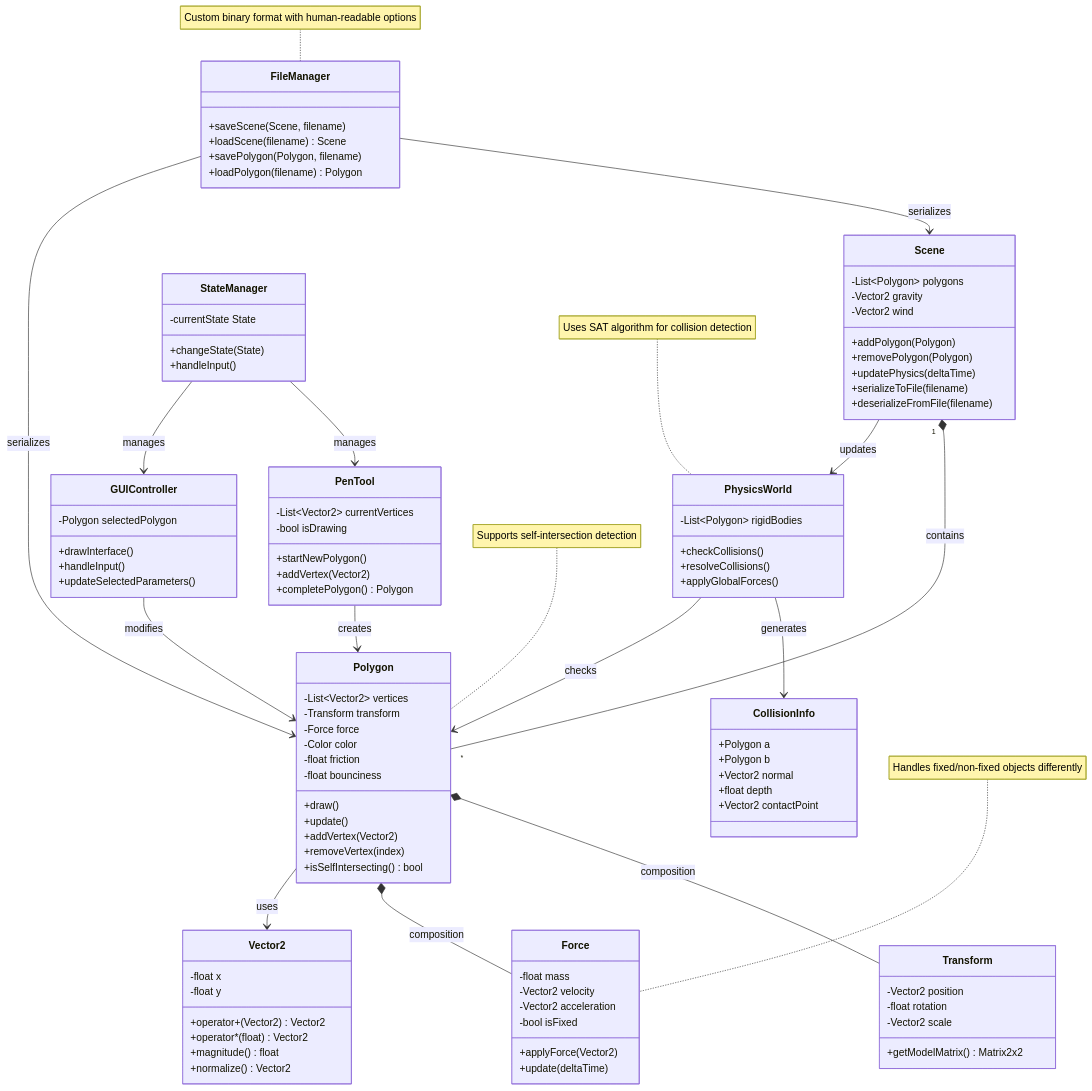
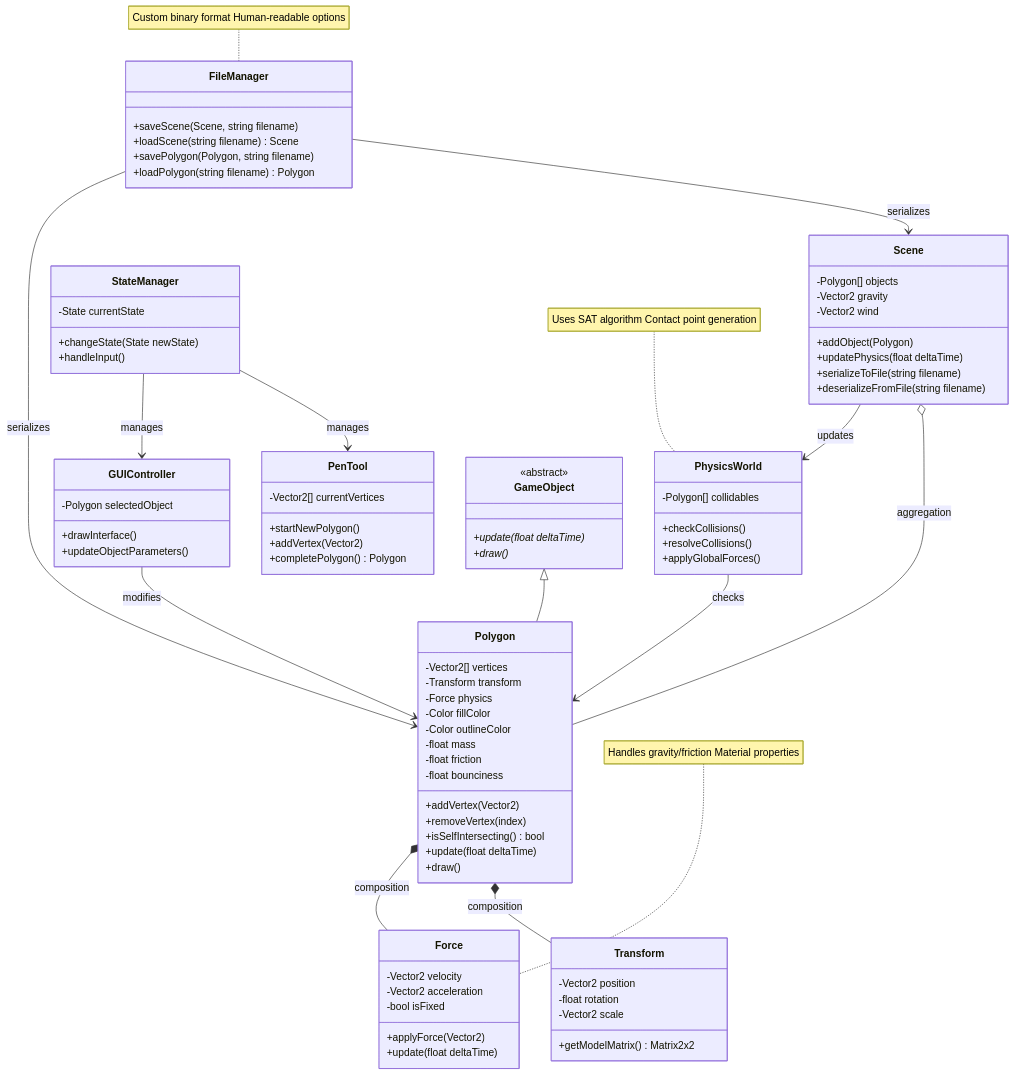
Before and after one commit to Splinter047/PolySim: the diagram in design/class-diagram.mmd, drawn with Mermaid. The commit also changed 2 other files, not shown here.

```diff
--- a/design/class-diagram.mmd
+++ b/design/class-diagram.mmd
@@ -1,117 +1,97 @@
 classDiagram
-%% Core Classes
-    class Scene {
-        -List~Polygon~ polygons
-        -Vector2 gravity
-        -Vector2 wind
-        +addPolygon(Polygon)
-        +removePolygon(Polygon)
-        +updatePhysics(deltaTime)
-        +serializeToFile(filename)
-        +deserializeFromFile(filename)
-    }
-
     class Polygon {
-        -List~Vector2~ vertices
+        -Vector2[] vertices
         -Transform transform
-        -Force force
-        -Color color
+        -Force physics
+        -Color fillColor
+        -Color outlineColor
+        -float mass
         -float friction
         -float bounciness
-        +draw()
-        +update()
         +addVertex(Vector2)
         +removeVertex(index)
         +isSelfIntersecting() bool
+        +update(float deltaTime)
+        +draw()
     }
 
     class Transform {
         -Vector2 position
         -float rotation
         -Vector2 scale
         +getModelMatrix() Matrix2x2
     }
 
     class Force {
-        -float mass
         -Vector2 velocity
         -Vector2 acceleration
         -bool isFixed
         +applyForce(Vector2)
-        +update(deltaTime)
+        +update(float deltaTime)
     }
 
-    class Vector2 {
-        -float x
-        -float y
-        +operator+(Vector2) Vector2
-        +operator*(float) Vector2
-        +magnitude() float
-        +normalize() Vector2
+    class Scene {
+        -Polygon[] objects
+        -Vector2 gravity
+        -Vector2 wind
+        +addObject(Polygon)
+        +updatePhysics(float deltaTime)
+        +serializeToFile(string filename)
+        +deserializeFromFile(string filename)
     }
 
-%% Physics System
-    class PhysicsWorld {
-        -List~Polygon~ rigidBodies
-        +checkCollisions()
-        +resolveCollisions()
-        +applyGlobalForces()
-    }
-
-    class CollisionInfo {
-        +Polygon a
-        +Polygon b
-        +Vector2 normal
-        +float depth
-        +Vector2 contactPoint
-    }
-
-%% Tools and Managers
     class PenTool {
-        -List~Vector2~ currentVertices
-        -bool isDrawing
+        -Vector2[] currentVertices
         +startNewPolygon()
         +addVertex(Vector2)
         +completePolygon() Polygon
     }
 
     class StateManager {
-        -currentState State
-        +changeState(State)
+        -State currentState
+        +changeState(State newState)
         +handleInput()
     }
 
     class FileManager {
-        +saveScene(Scene, filename)
-        +loadScene(filename) Scene
-        +savePolygon(Polygon, filename)
-        +loadPolygon(filename) Polygon
+        +saveScene(Scene, string filename)
+        +loadScene(string filename) Scene
+        +savePolygon(Polygon, string filename)
+        +loadPolygon(string filename) Polygon
+    }
+
+    class PhysicsWorld {
+        -Polygon[] collidables
+        +checkCollisions()
+        +resolveCollisions()
+        +applyGlobalForces()
     }
 
     class GUIController {
-        -Polygon selectedPolygon
+        -Polygon selectedObject
         +drawInterface()
-        +handleInput()
-        +updateSelectedParameters()
+        +updateObjectParameters()
     }
 
-%% Relationships
-    Scene "1" *-- "*" Polygon: contains
-    Scene --> PhysicsWorld: updates
     Polygon *-- Transform: composition
     Polygon *-- Force: composition
-    Polygon --> Vector2: uses
-    PhysicsWorld --> CollisionInfo: generates
-    PhysicsWorld --> Polygon: checks
-    PenTool --> Polygon: creates
+    Scene o-- Polygon: aggregation
+    Scene --> PhysicsWorld: updates
     StateManager --> PenTool: manages
     StateManager --> GUIController: manages
     GUIController --> Polygon: modifies
     FileManager --> Scene: serializes
     FileManager --> Polygon: serializes
+    PhysicsWorld --> Polygon: checks
 
-%% Notes
-    note for PhysicsWorld "Uses SAT algorithm for collision detection"
-    note for FileManager "Custom binary format with human-readable options"
-    note for Polygon "Supports self-intersection detection"
-    note for Force "Handles fixed/non-fixed objects differently"
+    class GameObject {
+        <<abstract>>
+        +update(float deltaTime)*
+        +draw()*
+    }
+
+    GameObject <|-- Polygon
+
+    note for PhysicsWorld "Uses SAT algorithm Contact point generation"
+    note for FileManager "Custom binary format Human-readable options"
+    note for Force "Handles gravity/friction Material properties"
```
